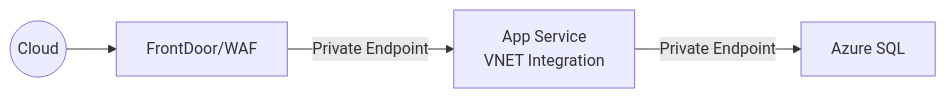
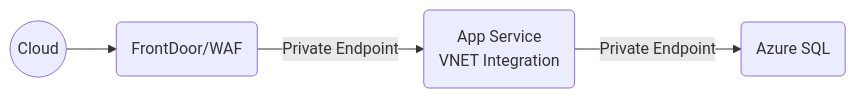
One commit to msalemor/app-services-networking changed the fifth of 5 diagrams in README.md. Above: the diagram before and after it, drawn with Mermaid. The commit also changed other lines of this file, not shown here.

````diff
--- a/README.md
+++ b/README.md
@@ -90,6 +96,6 @@
 ```mermaid
 graph LR;
-    A((Cloud))-->B[FrontDoor/WAF];
-    B-- Private Endpoint -->C[App Service<br>VNET Integration];
-    C-- Private Endpoint-->D[Azure SQL];   
+    A((Cloud))-->B(FrontDoor/WAF);
+    B-- Private Endpoint -->C(App Service<br>VNET Integration);
+    C-- Private Endpoint-->D(Azure SQL);   
 ```
````
